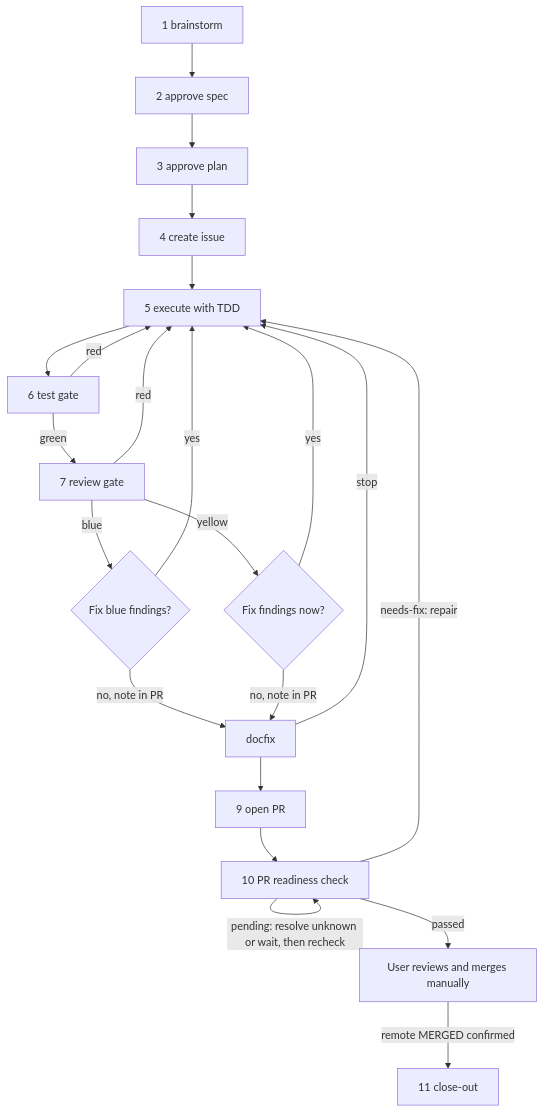
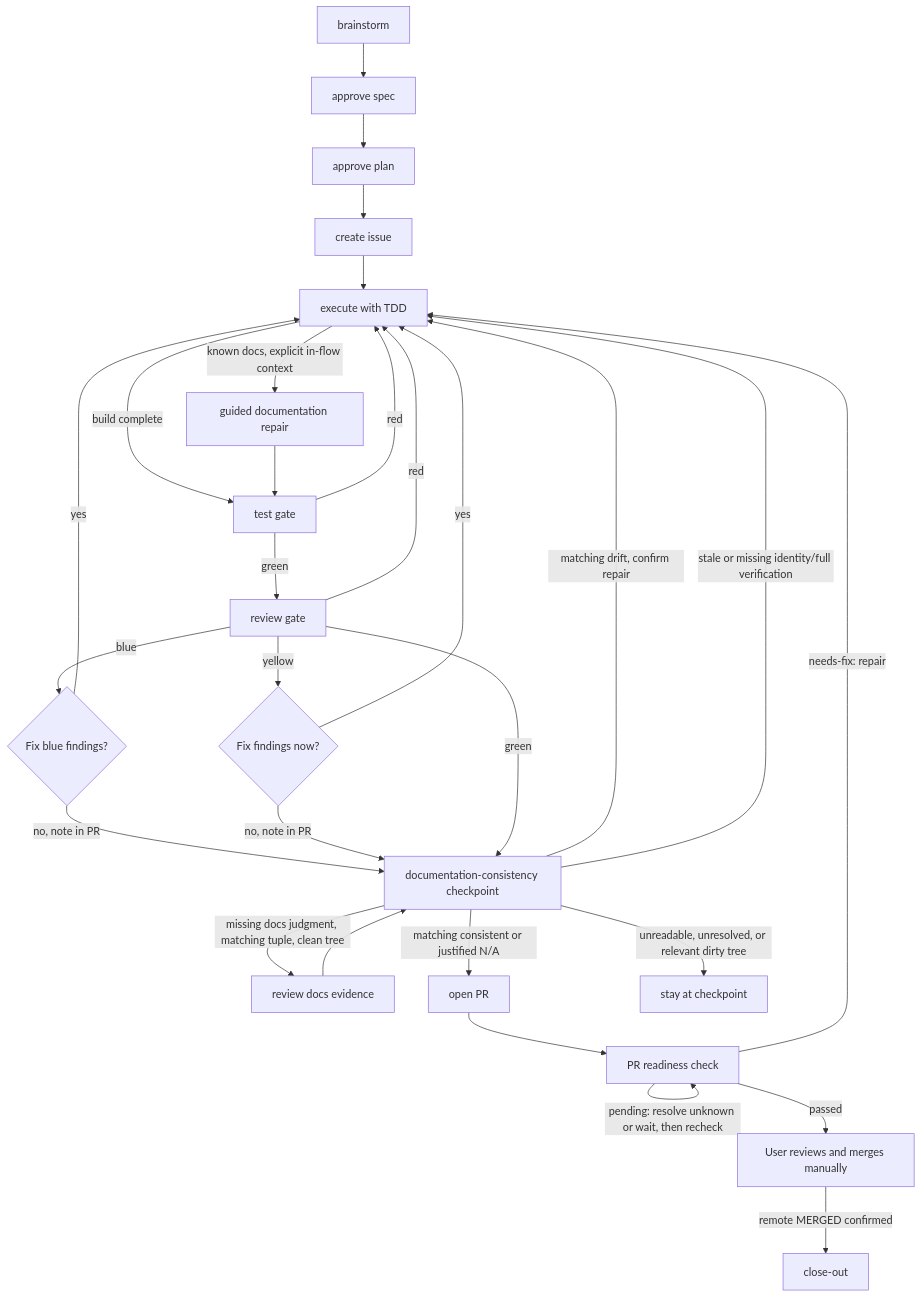
The diagram in README.md (vincy-cheng/skills), drawn with Mermaid before and after one commit. The commit also changed other lines of this file and 89 other files, not shown here.

````diff
--- a/README.md
+++ b/README.md
@@ -86,22 +85,29 @@
 ```mermaid
 flowchart TD
-    brainstorm[1 brainstorm] --> spec[2 approve spec] --> plan[3 approve plan]
-    plan --> issue[4 create issue] --> execute[5 execute with TDD]
-    execute --> test[6 test gate]
+    brainstorm[brainstorm] --> spec[approve spec] --> plan[approve plan]
+    plan --> issue[create issue] --> execute[execute with TDD]
+    execute -->|known docs, explicit in-flow context| docfix[guided documentation repair]
+    execute -->|build complete| test[test gate]
+    docfix --> test
     test -- red --> execute
-    test -- green --> review[7 review gate]
+    test -- green --> review[review gate]
     review -- red --> execute
     review -- blue --> bluechoice{Fix blue findings?}
     bluechoice -- yes --> execute
-    bluechoice -- no, note in PR --> docfix
+    bluechoice -- no, note in PR --> docscheck[documentation-consistency checkpoint]
     review -- yellow --> choice{Fix findings now?}
     choice -- yes --> execute
-    choice -- no, note in PR --> docfix
-    docfix -- stop --> execute
-    docfix --> pr[9 open PR]
-    pr --> check[10 PR readiness check]
+    choice -- no, note in PR --> docscheck
+    review -->|green| docscheck
+    docscheck -->|missing docs judgment, matching tuple, clean tree| supplement[review docs evidence]
+    supplement --> docscheck
+    docscheck -->|matching consistent or justified N/A| pr[open PR]
+    docscheck -->|matching drift, confirm repair| execute
+    docscheck -->|stale or missing identity/full verification| execute
+    docscheck -->|unreadable, unresolved, or relevant dirty tree| blocked[stay at checkpoint]
+    pr --> check[PR readiness check]
     check -->|pending: resolve unknown or wait, then recheck| check
     check -->|needs-fix: repair| execute
     check -->|passed| manual[User reviews and merges manually]
-    manual -->|remote MERGED confirmed| closeout[11 close-out]
+    manual -->|remote MERGED confirmed| closeout[close-out]
 ```
````
